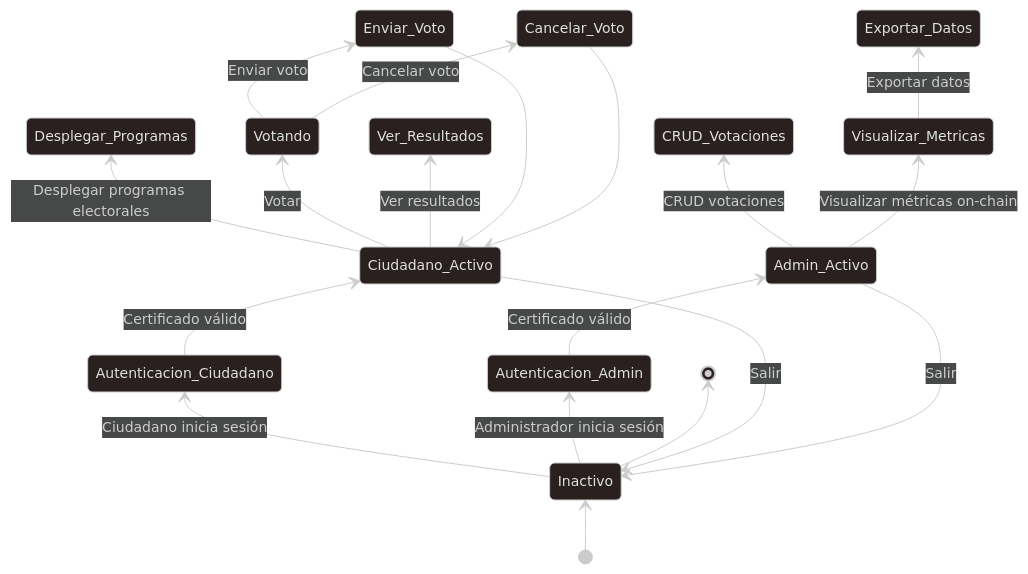
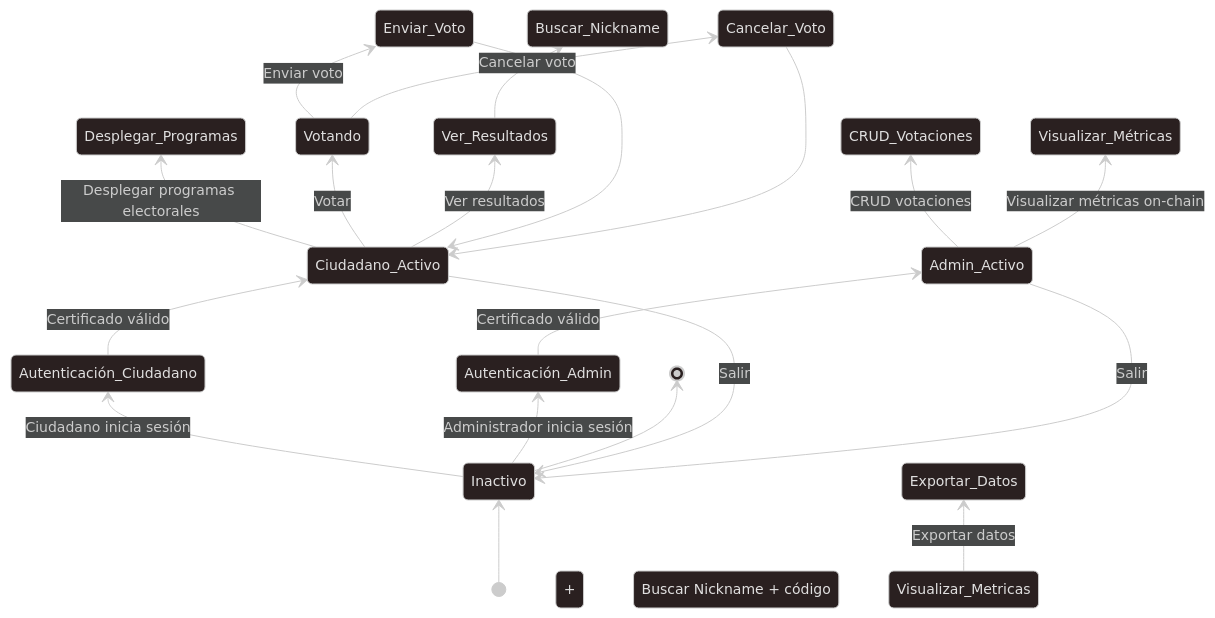
The first of 3 diagrams in docs/Diagrama_Estado.md (OnyxVariables/AGORA), drawn with Mermaid before and after one commit. The commit also changed other lines of this file and 2 other files, not shown here.

Commit message:
Add two use of case (Poner nickname y buscar voto) and update the others diagrams

````diff
--- a/docs/Diagrama_Estado.md
+++ b/docs/Diagrama_Estado.md
@@ -35,26 +35,27 @@
 ```mermaid
 ---
 config:
   theme: neo-dark
 ---
 stateDiagram
   direction BT
   [*] --> Inactivo
-  Inactivo --> Autenticacion_Ciudadano:Ciudadano inicia sesión
-  Autenticacion_Ciudadano --> Ciudadano_Activo:Certificado válido
+  Inactivo --> Autenticación_Ciudadano:Ciudadano inicia sesión
+  Autenticación_Ciudadano --> Ciudadano_Activo:Certificado válido
   Ciudadano_Activo --> Desplegar_Programas:Desplegar programas electorales
   Ciudadano_Activo --> Votando:Votar
   Votando --> Enviar_Voto:Enviar voto
   Votando --> Cancelar_Voto:Cancelar voto
   Enviar_Voto --> Ciudadano_Activo
   Cancelar_Voto --> Ciudadano_Activo
   Ciudadano_Activo --> Ver_Resultados:Ver resultados
+  Ver_Resultados --> Buscar_Nickname + código:Buscar Nickname + código
   Ciudadano_Activo --> Inactivo:Salir
-  Inactivo --> Autenticacion_Admin:Administrador inicia sesión
-  Autenticacion_Admin --> Admin_Activo:Certificado válido
+  Inactivo --> Autenticación_Admin:Administrador inicia sesión
+  Autenticación_Admin --> Admin_Activo:Certificado válido
   Admin_Activo --> CRUD_Votaciones:CRUD votaciones
-  Admin_Activo --> Visualizar_Metricas:Visualizar métricas on-chain
+  Admin_Activo --> Visualizar_Métricas:Visualizar métricas on-chain
   Visualizar_Metricas --> Exportar_Datos:Exportar datos
   Admin_Activo --> Inactivo:Salir
   Inactivo --> [*]
 ```
````
